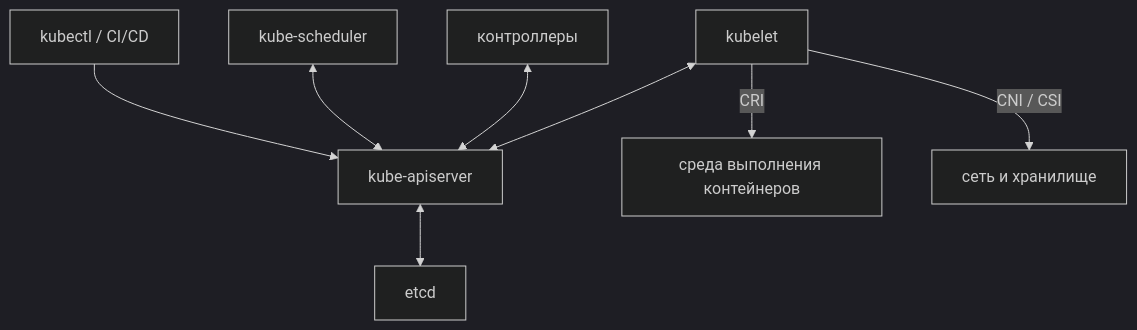
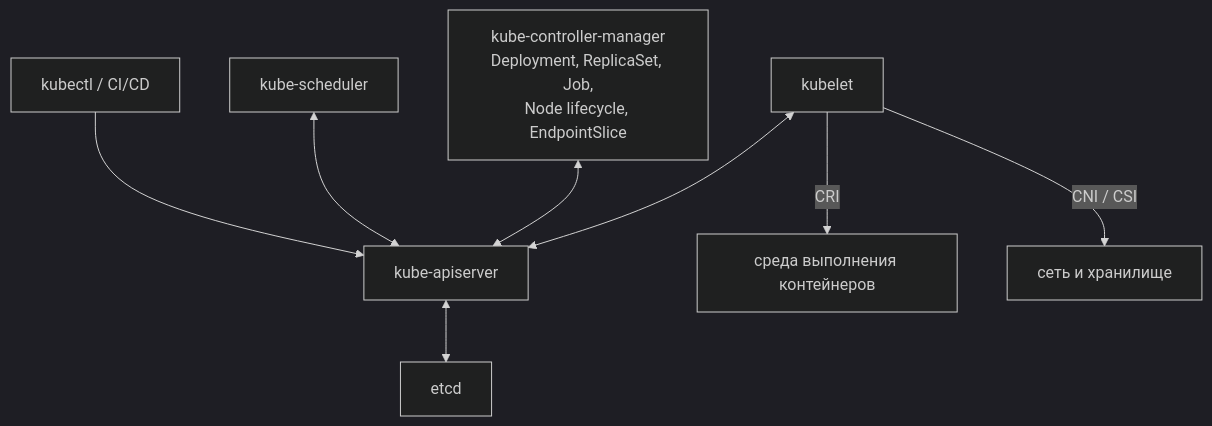
One commit to fev0ks/LearnGoLang changed the second of 3 diagrams in docs/senior-golang-study/10-devops-and-observability/kubernetes/01-kubernetes-architecture.md. Above: the diagram before and after it, drawn with Mermaid (dark theme). The commit also changed other lines of this file, not shown here.

Commit message:
Clarify Kubernetes architecture components

````diff
--- a/docs/senior-golang-study/10-devops-and-observability/kubernetes/01-kubernetes-architecture.md
+++ b/docs/senior-golang-study/10-devops-and-observability/kubernetes/01-kubernetes-architecture.md
@@ -449,10 +463,10 @@
 ```mermaid
 flowchart TB
     Client["kubectl / CI/CD"] --> API["kube-apiserver"]
     Scheduler["kube-scheduler"] <--> API
-    Controllers["контроллеры"] <--> API
+    Controllers["kube-controller-manager<br/>Deployment, ReplicaSet, Job,<br/>Node lifecycle, EndpointSlice"] <--> API
     Kubelet["kubelet"] <--> API
     API <--> ETCD["etcd"]
     Kubelet -->|"CRI"| Runtime["среда выполнения контейнеров"]
     Kubelet -->|"CNI / CSI"| Integrations["сеть и хранилище"]
 ```
````
